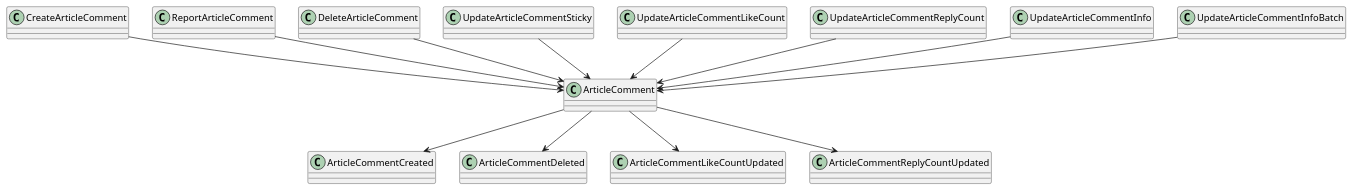
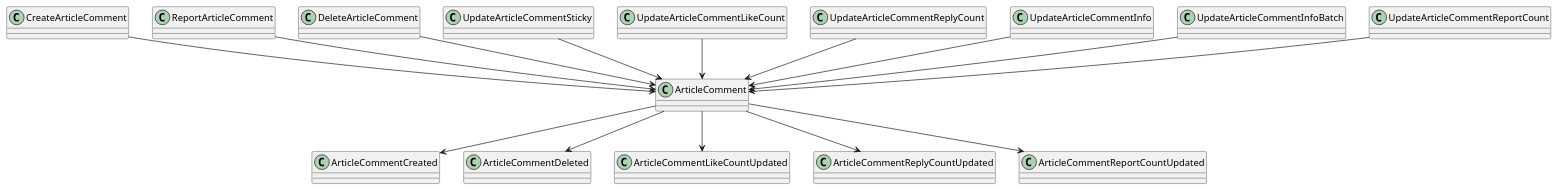
The diagram in design/domain/article_comment/relationCDE.puml (LDmoxeii/only4-KSP-cap4j), drawn with PlantUML before and after one commit. The commit also changed 12 other files, not shown here.

```diff
--- a/design/domain/article_comment/relationCDE.puml
+++ b/design/domain/article_comment/relationCDE.puml
@@ -1,16 +1,18 @@
 @startuml
 
 CreateArticleComment            -down-> ArticleComment
 ReportArticleComment            -down-> ArticleComment
 DeleteArticleComment            -down-> ArticleComment
 UpdateArticleCommentSticky      -down-> ArticleComment
 UpdateArticleCommentLikeCount   -down-> ArticleComment
 UpdateArticleCommentReplyCount  -down-> ArticleComment
 UpdateArticleCommentInfo        -down-> ArticleComment
 UpdateArticleCommentInfoBatch   -down-> ArticleComment
+UpdateArticleCommentReportCount -down-> ArticleComment
 
 ArticleComment -down-> ArticleCommentCreated
 ArticleComment -down-> ArticleCommentDeleted
 ArticleComment -down-> ArticleCommentLikeCountUpdated
-ArticleComment -down->ArticleCommentReplyCountUpdated
+ArticleComment -down-> ArticleCommentReplyCountUpdated
+ArticleComment -down-> ArticleCommentReportCountUpdated
 @enduml
```
